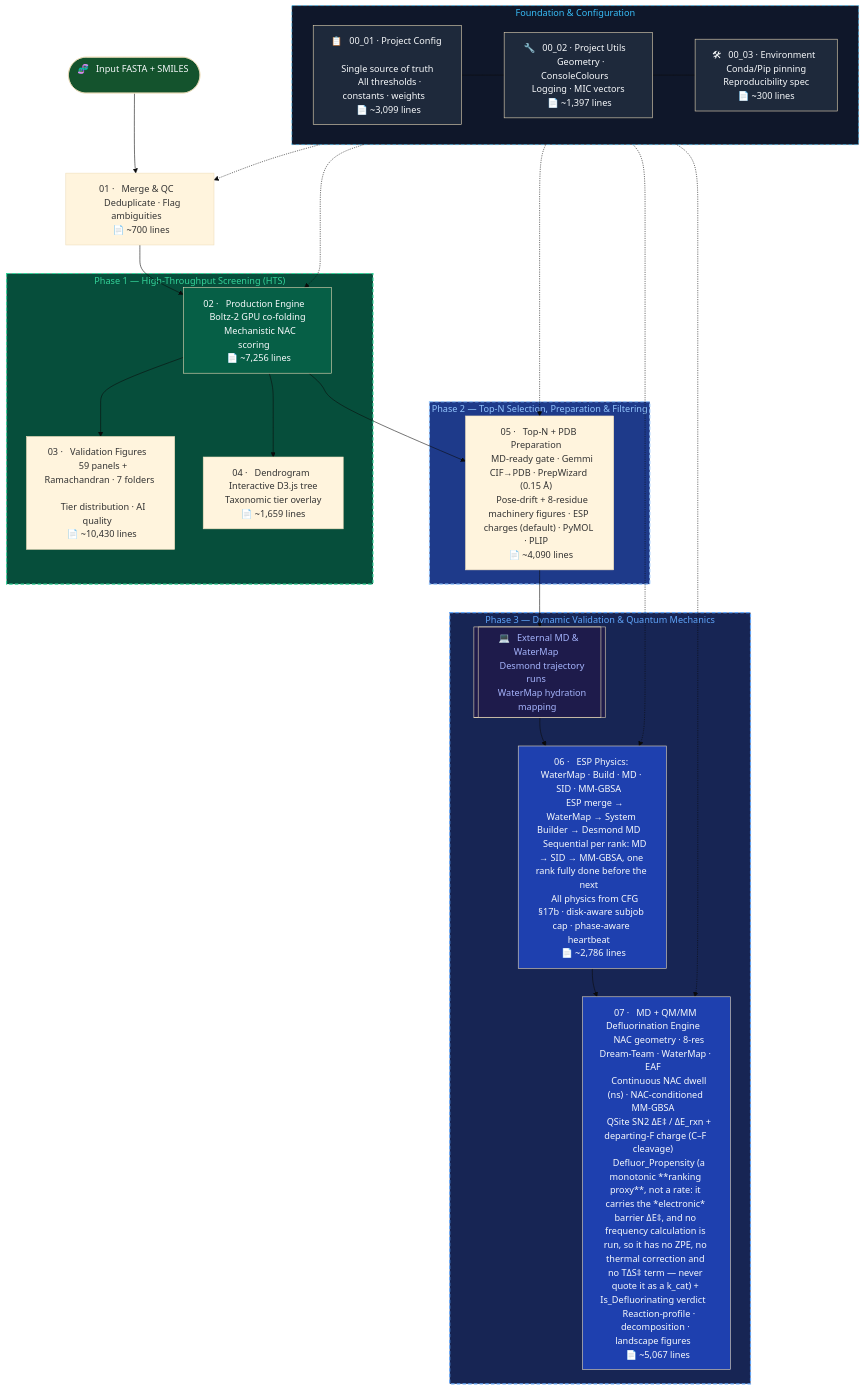
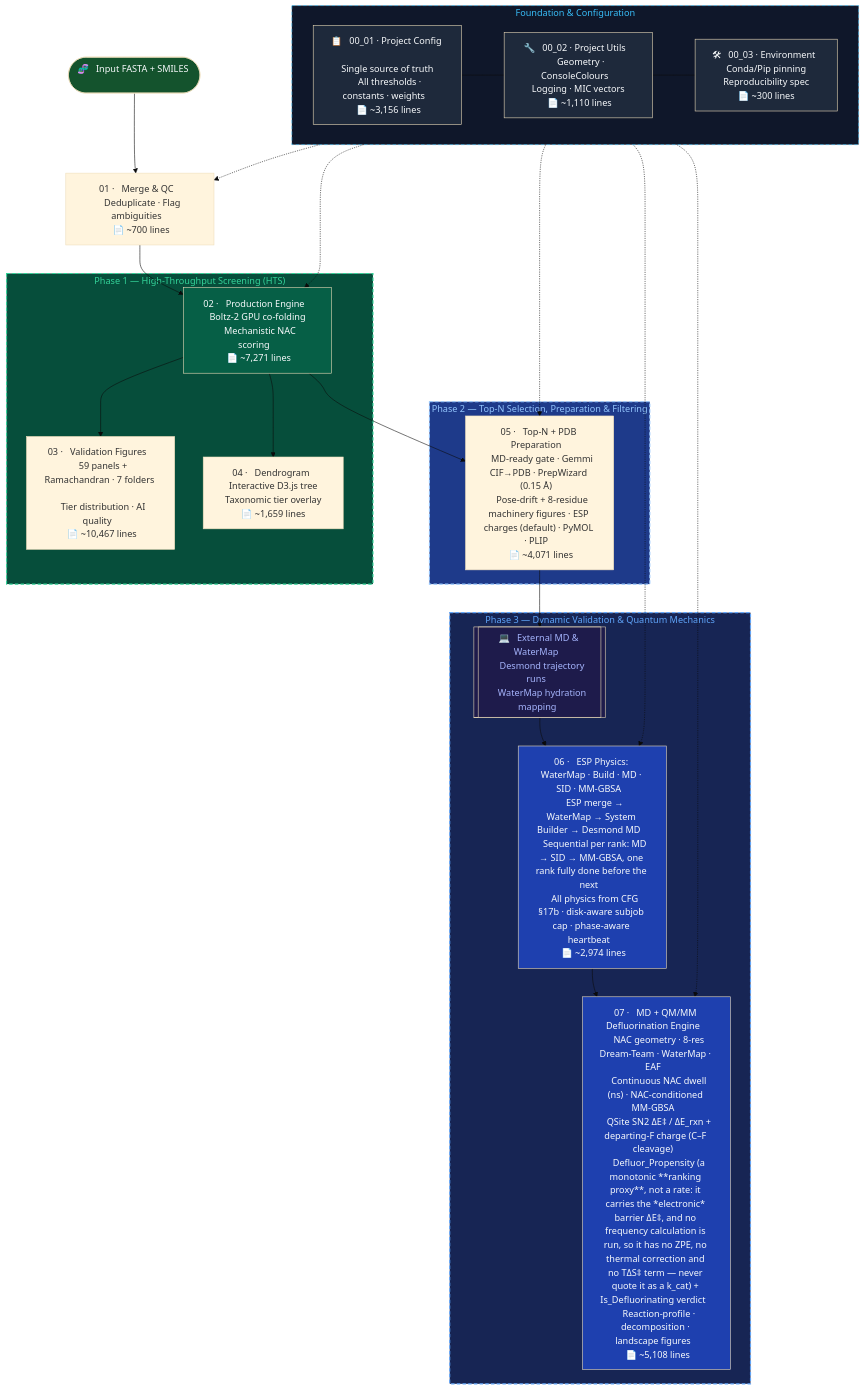
One commit to KU-MGB/DeFluorX changed the diagram in README.md. Above: the diagram before and after it, drawn with Mermaid (base theme). The commit also changed other lines of this file, not shown here.

Commit message:
docs: refresh Mermaid LOC + note angle_effective in the occlusion-fade prose
- Mermaid per-script line counts updated to current: 00_01 3,156 · 00_02 1,110 ·
  02 7,271 · 03 10,467 · 05 4,071 · 06 2,974 · 07 5,108.
- Tiering section: the backside-occlusion fade is computed on the
  multiplicity-corrected angle_effective (the angle the ladder gates on), not the
  raw best-of-N angle, so a poly-fluorinated carbon cannot escape its penalty on
  an inflated single-fluorine trajectory.

````diff
--- a/README.md
+++ b/README.md
@@ -190,56 +190,56 @@
 ```mermaid
 flowchart TD
     subgraph FOUNDATION["  Foundation & Configuration  "]
-        CFG["📋 &nbsp; 00_01 · Project Config &nbsp; \n &nbsp; Single source of truth &nbsp; \n &nbsp; All thresholds · constants · weights &nbsp; \n &nbsp; 📄 ~3,099 lines &nbsp; "]
-        UTL["🔧 &nbsp; 00_02 · Project Utils &nbsp; \n &nbsp; Geometry · ConsoleColours &nbsp; \n &nbsp; Logging · MIC vectors &nbsp; \n &nbsp; 📄 ~1,397 lines &nbsp; "]
+        CFG["📋 &nbsp; 00_01 · Project Config &nbsp; \n &nbsp; Single source of truth &nbsp; \n &nbsp; All thresholds · constants · weights &nbsp; \n &nbsp; 📄 ~3,156 lines &nbsp; "]
+        UTL["🔧 &nbsp; 00_02 · Project Utils &nbsp; \n &nbsp; Geometry · ConsoleColours &nbsp; \n &nbsp; Logging · MIC vectors &nbsp; \n &nbsp; 📄 ~1,110 lines &nbsp; "]
         ENV["🛠 &nbsp; 00_03 · Environment &nbsp; \n &nbsp; Conda/Pip pinning &nbsp; \n &nbsp; Reproducibility spec &nbsp; \n &nbsp; 📄 ~300 lines &nbsp; "]
         CFG --- UTL --- ENV
     end
 
     START(["🧬 &nbsp; Input FASTA + SMILES &nbsp;"]) --> M1
     M1["01 · &nbsp; Merge & QC &nbsp; \n &nbsp; Deduplicate · Flag ambiguities &nbsp; \n &nbsp; 📄 ~700 lines &nbsp; "] --> M2
 
     subgraph PHASE1["  Phase 1 — High-Throughput Screening (HTS)  "]
-        M2["02 · &nbsp; Production Engine &nbsp; \n &nbsp; Boltz-2 GPU co-folding &nbsp; \n &nbsp; Mechanistic NAC scoring &nbsp; \n &nbsp; 📄 ~7,256 lines &nbsp; "]
-        M3["03 · &nbsp; Validation Figures &nbsp; \n &nbsp; 59 panels + Ramachandran · 7 folders &nbsp; \n &nbsp; Tier distribution · AI quality &nbsp; \n &nbsp; 📄 ~10,430 lines &nbsp; "]
+        M2["02 · &nbsp; Production Engine &nbsp; \n &nbsp; Boltz-2 GPU co-folding &nbsp; \n &nbsp; Mechanistic NAC scoring &nbsp; \n &nbsp; 📄 ~7,271 lines &nbsp; "]
+        M3["03 · &nbsp; Validation Figures &nbsp; \n &nbsp; 59 panels + Ramachandran · 7 folders &nbsp; \n &nbsp; Tier distribution · AI quality &nbsp; \n &nbsp; 📄 ~10,467 lines &nbsp; "]
         M4["04 · &nbsp; Dendrogram &nbsp; \n &nbsp; Interactive D3.js tree &nbsp; \n &nbsp; Taxonomic tier overlay &nbsp; \n &nbsp; 📄 ~1,659 lines &nbsp; "]
         M2 --> M3
         M2 --> M4
     end
 
     M2 --> M5
 
     subgraph PHASE2["  Phase 2 — Top-N Selection, Preparation & Filtering  "]
-        M5["05 · &nbsp; Top-N + PDB Preparation &nbsp; \n &nbsp; MD-ready gate · Gemmi CIF→PDB · PrepWizard (0.15 Å) &nbsp; \n &nbsp; Pose-drift + 8-residue machinery figures · ESP charges (default) · PyMOL · PLIP &nbsp; \n &nbsp; 📄 ~4,090 lines &nbsp; "]
+        M5["05 · &nbsp; Top-N + PDB Preparation &nbsp; \n &nbsp; MD-ready gate · Gemmi CIF→PDB · PrepWizard (0.15 Å) &nbsp; \n &nbsp; Pose-drift + 8-residue machinery figures · ESP charges (default) · PyMOL · PLIP &nbsp; \n &nbsp; 📄 ~4,071 lines &nbsp; "]
     end
 
     M5 --> EXT_MD
 
     subgraph PHASE3["  Phase 3 — Dynamic Validation & Quantum Mechanics  "]
         EXT_MD[["💻 &nbsp; External MD & WaterMap &nbsp; \n &nbsp; Desmond trajectory runs &nbsp; \n &nbsp; WaterMap hydration mapping &nbsp;"]]
-        M6["06 · &nbsp; ESP Physics: WaterMap · Build · MD · SID · MM-GBSA &nbsp; \n &nbsp; ESP merge → WaterMap → System Builder → Desmond MD &nbsp; \n &nbsp; Sequential per rank: MD → SID → MM-GBSA, one rank fully done before the next &nbsp; \n &nbsp; All physics from CFG §17b · disk-aware subjob cap · phase-aware heartbeat &nbsp; \n &nbsp; 📄 ~2,786 lines &nbsp; "]
-        M7["07 · &nbsp; MD + QM/MM Defluorination Engine &nbsp; \n &nbsp; NAC geometry · 8-res Dream-Team · WaterMap · EAF &nbsp; \n &nbsp; Continuous NAC dwell (ns) · NAC-conditioned MM-GBSA &nbsp; \n &nbsp; QSite SN2 ΔE‡ / ΔE_rxn + departing-F charge (C–F cleavage) &nbsp; \n &nbsp; Defluor_Propensity (a monotonic **ranking proxy**, not a rate: it carries the *electronic* barrier ΔE‡, and no frequency calculation is run, so it has no ZPE, no thermal correction and no TΔS‡ term — never quote it as a k_cat) + Is_Defluorinating verdict &nbsp; \n &nbsp; Reaction-profile · decomposition · landscape figures &nbsp; \n &nbsp; 📄 ~5,067 lines &nbsp; "]
+        M6["06 · &nbsp; ESP Physics: WaterMap · Build · MD · SID · MM-GBSA &nbsp; \n &nbsp; ESP merge → WaterMap → System Builder → Desmond MD &nbsp; \n &nbsp; Sequential per rank: MD → SID → MM-GBSA, one rank fully done before the next &nbsp; \n &nbsp; All physics from CFG §17b · disk-aware subjob cap · phase-aware heartbeat &nbsp; \n &nbsp; 📄 ~2,974 lines &nbsp; "]
+        M7["07 · &nbsp; MD + QM/MM Defluorination Engine &nbsp; \n &nbsp; NAC geometry · 8-res Dream-Team · WaterMap · EAF &nbsp; \n &nbsp; Continuous NAC dwell (ns) · NAC-conditioned MM-GBSA &nbsp; \n &nbsp; QSite SN2 ΔE‡ / ΔE_rxn + departing-F charge (C–F cleavage) &nbsp; \n &nbsp; Defluor_Propensity (a monotonic **ranking proxy**, not a rate: it carries the *electronic* barrier ΔE‡, and no frequency calculation is run, so it has no ZPE, no thermal correction and no TΔS‡ term — never quote it as a k_cat) + Is_Defluorinating verdict &nbsp; \n &nbsp; Reaction-profile · decomposition · landscape figures &nbsp; \n &nbsp; 📄 ~5,108 lines &nbsp; "]
         EXT_MD --> M6 --> M7
     end
 
     %% Dependencies
     FOUNDATION -.-> M1
     FOUNDATION -.-> M2
     FOUNDATION -.-> M5
     FOUNDATION -.-> M6
     FOUNDATION -.-> M7
 
     style FOUNDATION fill:#0f172a,color:#38bdf8,stroke:#38bdf8
     style CFG fill:#1e293b,color:#f8fafc
     style UTL fill:#1e293b,color:#f8fafc
     style ENV fill:#1e293b,color:#f8fafc
     style PHASE1 fill:#064e3b,color:#34d399,stroke:#34d399,stroke-width:2px,stroke-dasharray: 6 4
     style PHASE2 fill:#1e3a8a,color:#93c5fd,stroke:#93c5fd,stroke-width:2px,stroke-dasharray: 6 4
     style PHASE3 fill:#172554,color:#60a5fa,stroke:#60a5fa,stroke-width:2px,stroke-dasharray: 6 4
     style FOUNDATION stroke-dasharray: 6 4
     style M2 fill:#065f46,color:#f8fafc
     style M6 fill:#1e40af,color:#f8fafc
     style M7 fill:#1e40af,color:#f8fafc
     style START fill:#14532d,color:#f8fafc
     style EXT_MD fill:#1e1b4b,color:#a5b4fc
 ```
````
